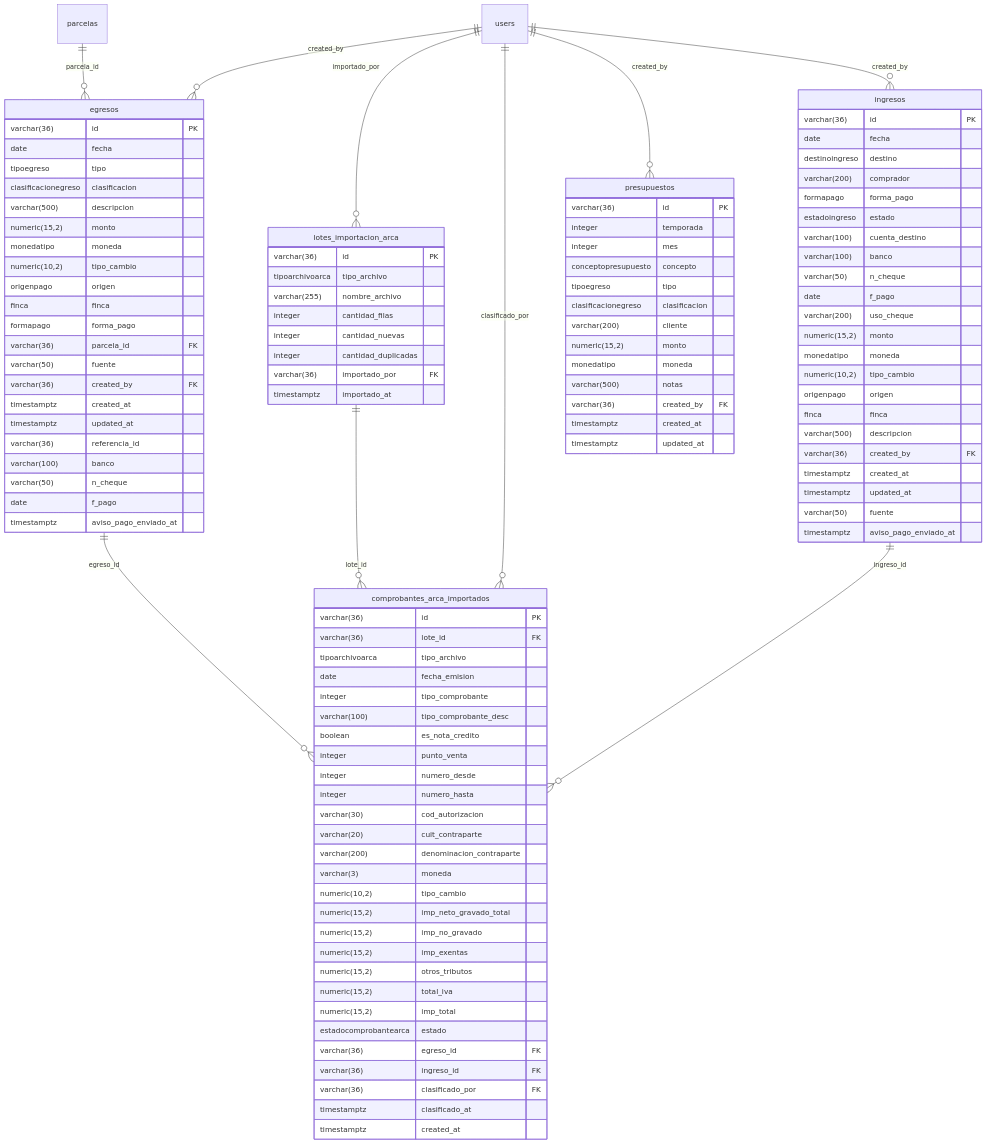
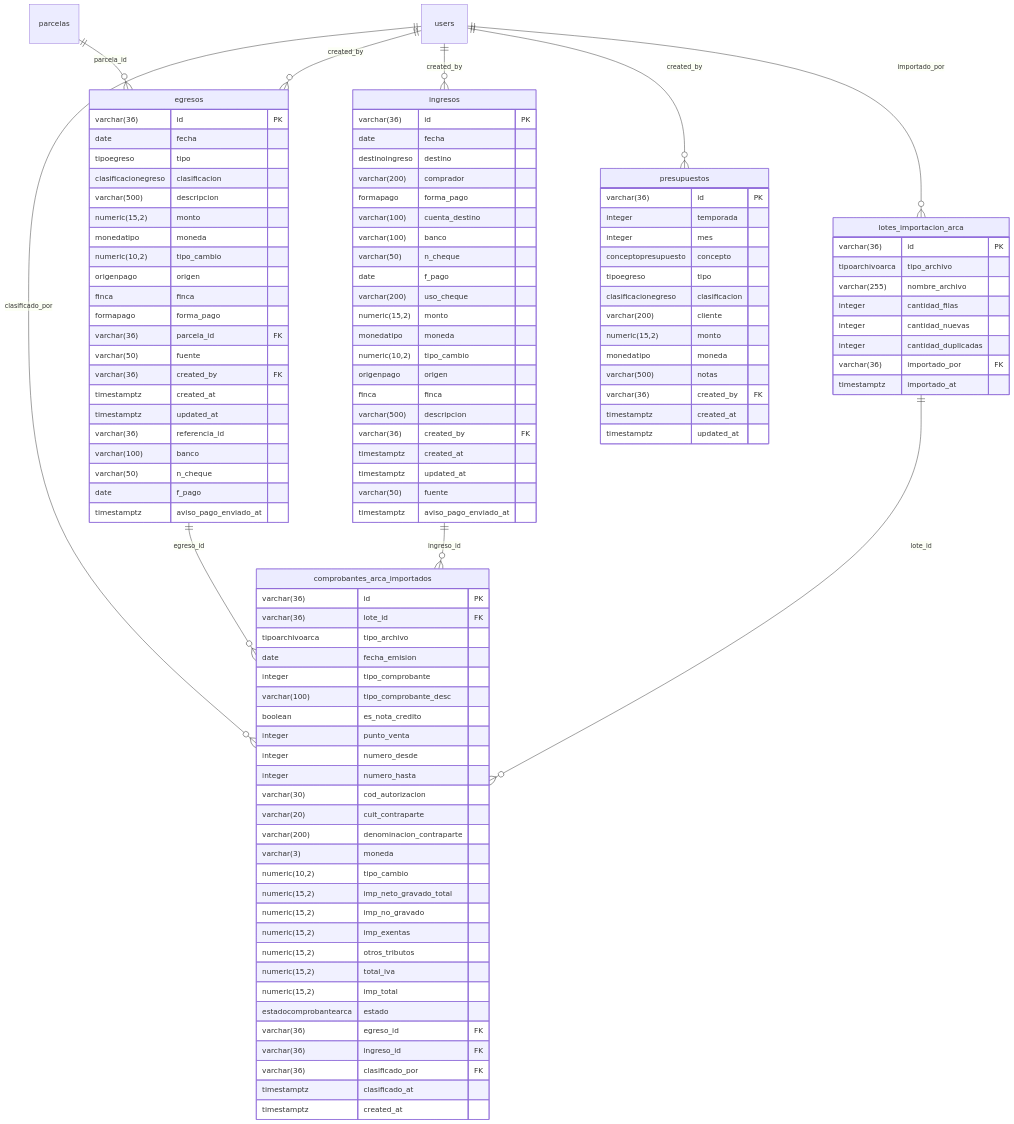
Before and after one commit to FaustoYanzon/Proyecto-Gestion-Los-Lirios-: the sixth of 10 diagrams in docs/sistema/Modelo de Datos.md, drawn with Mermaid. The commit also changed other lines of this file and 18 other files, not shown here.

````diff
--- a/docs/sistema/Modelo de Datos.md
+++ b/docs/sistema/Modelo de Datos.md
@@ -736,11 +1025,11 @@
 ```mermaid
 erDiagram
+    lotes_importacion_arca ||--o{ comprobantes_arca_importados : "lote_id"
+    ingresos ||--o{ comprobantes_arca_importados : "ingreso_id"
     egresos ||--o{ comprobantes_arca_importados : "egreso_id"
-    lotes_importacion_arca ||--o{ comprobantes_arca_importados : "lote_id"
     users ||--o{ comprobantes_arca_importados : "clasificado_por"
-    ingresos ||--o{ comprobantes_arca_importados : "ingreso_id"
+    users ||--o{ egresos : "created_by"
     parcelas ||--o{ egresos : "parcela_id"
-    users ||--o{ egresos : "created_by"
     users ||--o{ ingresos : "created_by"
     users ||--o{ lotes_importacion_arca : "importado_por"
     users ||--o{ presupuestos : "created_by"
@@ -750,7 +1039,6 @@
         destinoingreso destino
         varchar(200) comprador
         formapago forma_pago
-        estadoingreso estado
         varchar(100) cuenta_destino
         varchar(100) banco
         varchar(50) n_cheque
````
